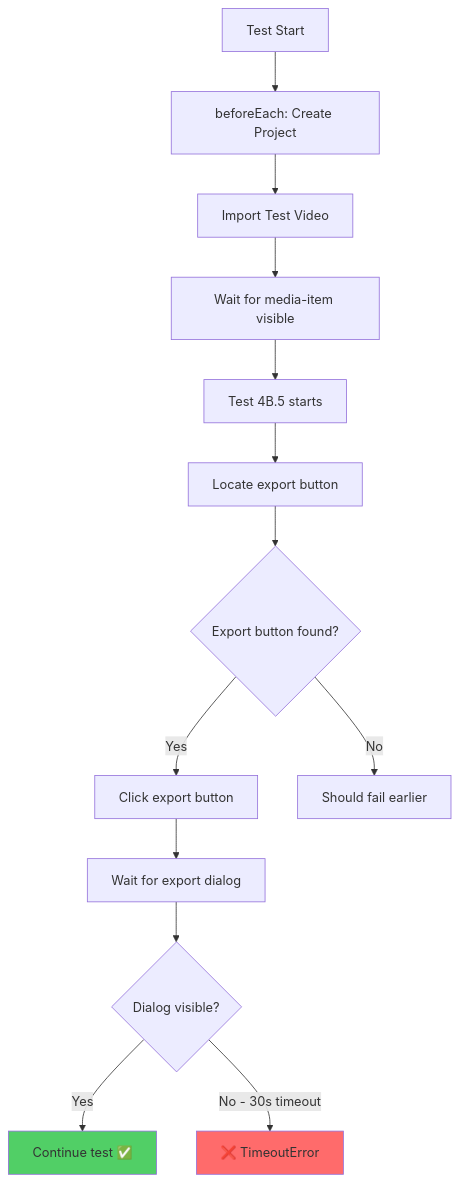
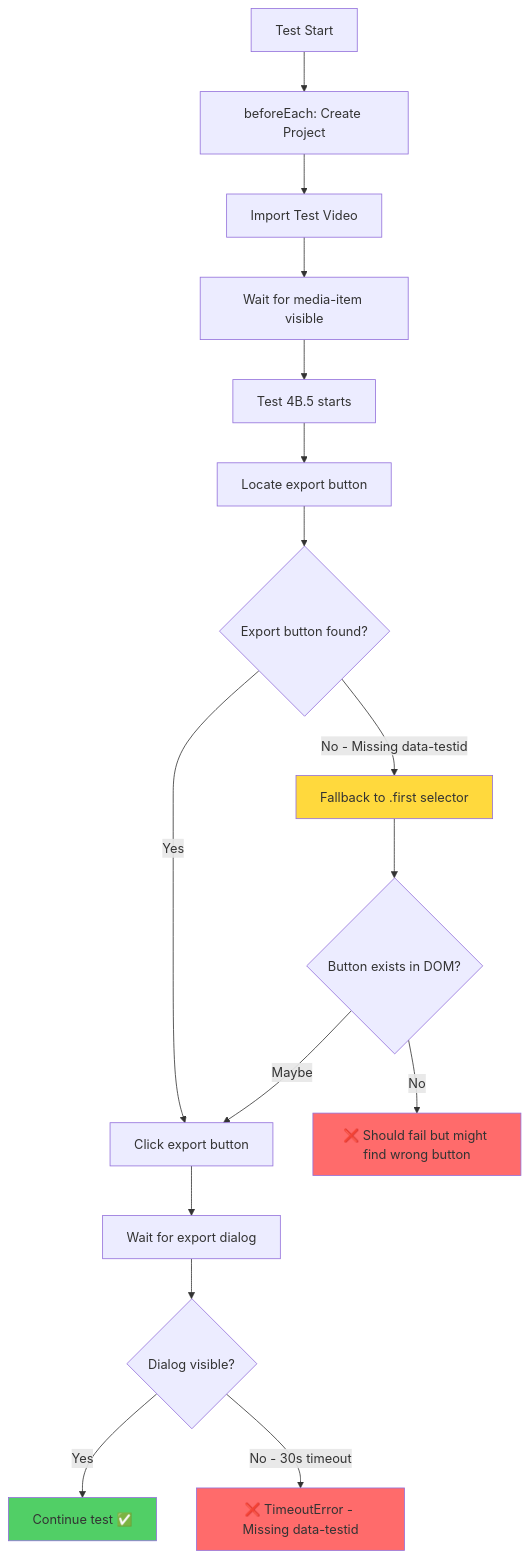
The second of 3 diagrams in qcut/docs/issues/e2e-test-errors/ERROR-EXPORT-DIALOG-TIMEOUT.md (Quriosity-agent/qcut), drawn with Mermaid before and after one commit. The commit also changed other lines of this file and 3 other files, not shown here.

First line of the commit message:
fix: add export data-testid attributes for E2E tests

````diff
--- a/qcut/docs/issues/e2e-test-errors/ERROR-EXPORT-DIALOG-TIMEOUT.md
+++ b/qcut/docs/issues/e2e-test-errors/ERROR-EXPORT-DIALOG-TIMEOUT.md
@@ -111,20 +207,25 @@
 ```mermaid
 flowchart TD
     A[Test Start] --> B[beforeEach: Create Project]
     B --> C[Import Test Video]
     C --> D[Wait for media-item visible]
     D --> E[Test 4B.5 starts]
 
     E --> F[Locate export button]
     F --> G{Export button found?}
+    G -->|No - Missing data-testid| Z1[Fallback to .first selector]
     G -->|Yes| H[Click export button]
-    G -->|No| Z[Should fail earlier]
+    Z1 --> Z2{Button exists in DOM?}
+    Z2 -->|Maybe| H
+    Z2 -->|No| Z3[❌ Should fail but might find wrong button]
 
     H --> I[Wait for export dialog]
     I --> J{Dialog visible?}
     J -->|Yes| K[Continue test ✅]
-    J -->|No - 30s timeout| L[❌ TimeoutError]
+    J -->|No - 30s timeout| L[❌ TimeoutError - Missing data-testid]
 
     style L fill:#ff6b6b
     style K fill:#51cf66
+    style Z1 fill:#ffd93d
+    style Z3 fill:#ff6b6b
 ```
````
